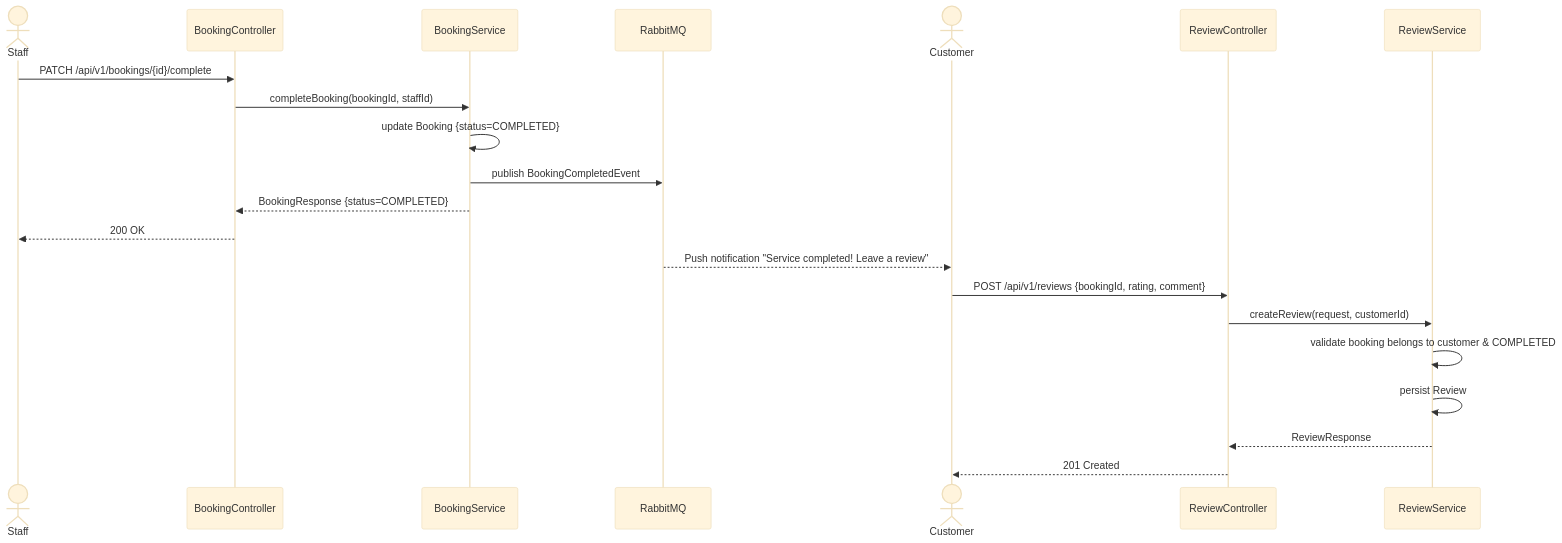
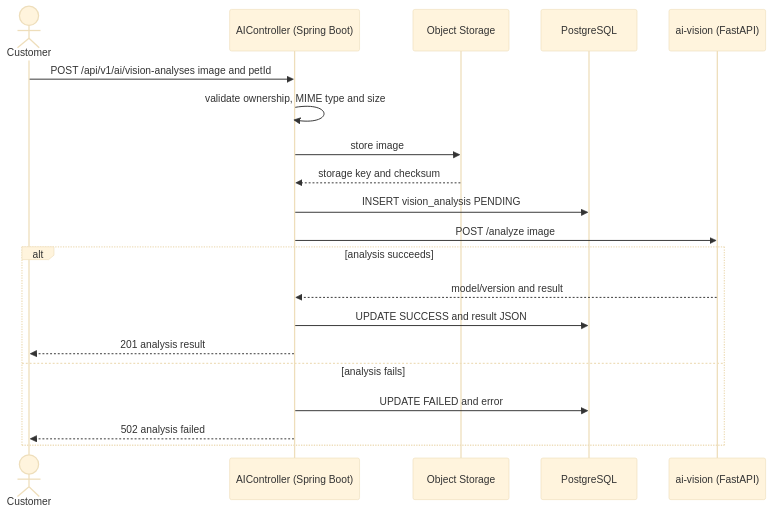
Before and after one commit to CaptainDuc/Pet_Management_System: the sixth of 7 diagrams in docs/sequence-diagrams.md, drawn with Mermaid (base theme). The commit also changed other lines of this file and 158 other files, not shown here.

````diff
--- a/docs/sequence-diagrams.md
+++ b/docs/sequence-diagrams.md
@@ -103,26 +148,23 @@
 ```mermaid
 sequenceDiagram
-    actor S as Staff
-    participant BC as BookingController
-    participant BS as BookingService
-    participant MQ as RabbitMQ
     actor C as Customer
-    participant RC as ReviewController
-    participant RS as ReviewService
+    participant AC as AIController (Spring Boot)
+    participant OS as Object Storage
+    participant DB as PostgreSQL
+    participant V as ai-vision (FastAPI)
 
-    S->>BC: PATCH /api/v1/bookings/{id}/complete
-    BC->>BS: completeBooking(bookingId, staffId)
-    BS->>BS: update Booking {status=COMPLETED}
-    BS->>MQ: publish BookingCompletedEvent
-    BS-->>BC: BookingResponse {status=COMPLETED}
-    BC-->>S: 200 OK
-
-    MQ-->>C: Push notification "Service completed! Leave a review"
-
-    C->>RC: POST /api/v1/reviews {bookingId, rating, comment}
-    RC->>RS: createReview(request, customerId)
-    RS->>RS: validate booking belongs to customer & COMPLETED
-    RS->>RS: persist Review
-    RS-->>RC: ReviewResponse
-    RC-->>C: 201 Created
+    C->>AC: POST /api/v1/ai/vision-analyses image and petId
+    AC->>AC: validate ownership, MIME type and size
+    AC->>OS: store image
+    OS-->>AC: storage key and checksum
+    AC->>DB: INSERT vision_analysis PENDING
+    AC->>V: POST /analyze image
+    alt analysis succeeds
+        V-->>AC: model/version and result
+        AC->>DB: UPDATE SUCCESS and result JSON
+        AC-->>C: 201 analysis result
+    else analysis fails
+        AC->>DB: UPDATE FAILED and error
+        AC-->>C: 502 analysis failed
+    end
 ```
````
